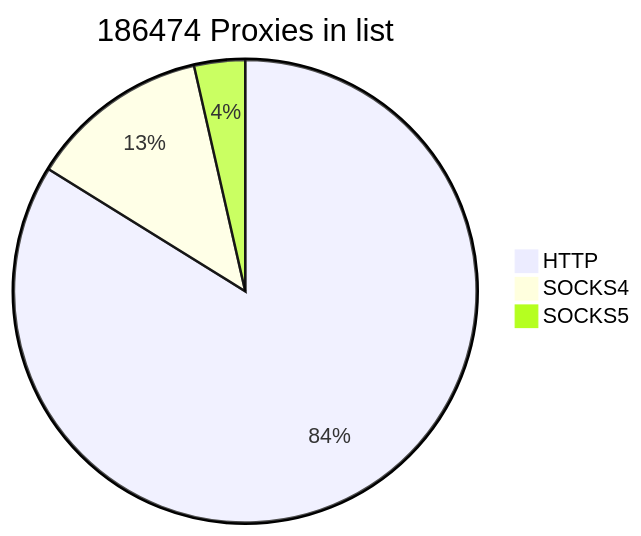
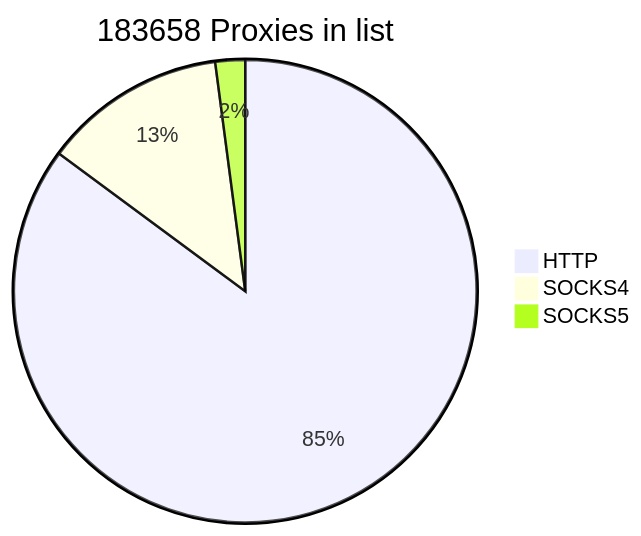
Before and after one commit to cutipu/proxylist: the first of 2 diagrams in README.md, drawn with Mermaid. The commit also changed other lines of this file, not shown here.

````diff
--- a/README.md
+++ b/README.md
@@ -2,7 +2,7 @@
 ```mermaid
-pie title 186474 Proxies in list
+pie title 183658 Proxies in list
     "HTTP" : 156350
-    "SOCKS4" : 23490
-    "SOCKS5" : 6634
+    "SOCKS4" : 23488
+    "SOCKS5" : 3820
             
 ```
````
